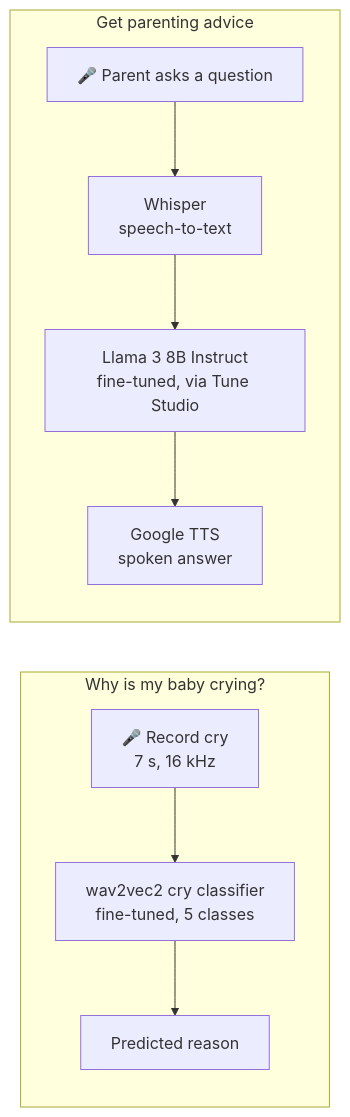
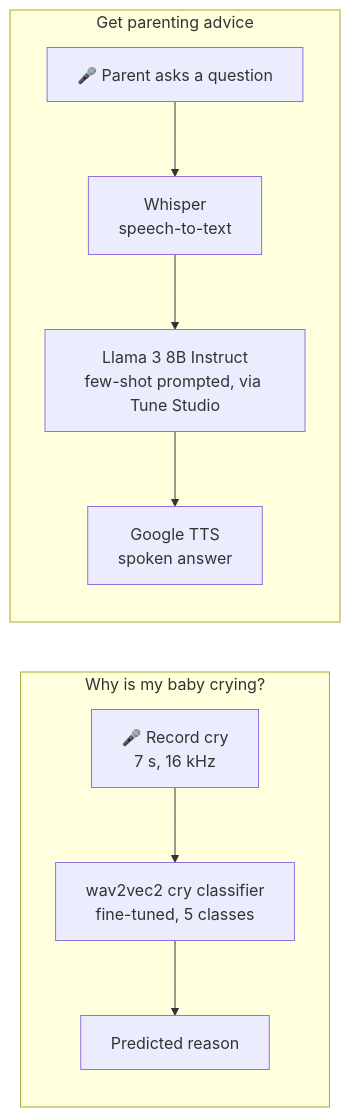
One commit to bijyeta-maharjan/NurtureNest changed the diagram in README.md. Above: the diagram before and after it, drawn with Mermaid. The commit also changed other lines of this file and 3 other files, not shown here.

Commit message:
Add team and roles; describe LLM as few-shot prompted

````diff
--- a/README.md
+++ b/README.md
@@ -17,9 +17,9 @@
 ```mermaid
 flowchart LR
     subgraph A["Why is my baby crying?"]
         A1[🎤 Record cry<br/>7 s, 16 kHz] --> A2[wav2vec2 cry classifier<br/>fine-tuned, 5 classes] --> A3[Predicted reason]
     end
     subgraph B["Get parenting advice"]
-        B1[🎤 Parent asks a question] --> B2[Whisper<br/>speech-to-text] --> B3[Llama 3 8B Instruct<br/>fine-tuned, via Tune Studio] --> B4[Google TTS<br/>spoken answer]
+        B1[🎤 Parent asks a question] --> B2[Whisper<br/>speech-to-text] --> B3[Llama 3 8B Instruct<br/>few-shot prompted, via Tune Studio] --> B4[Google TTS<br/>spoken answer]
     end
 ```
````
